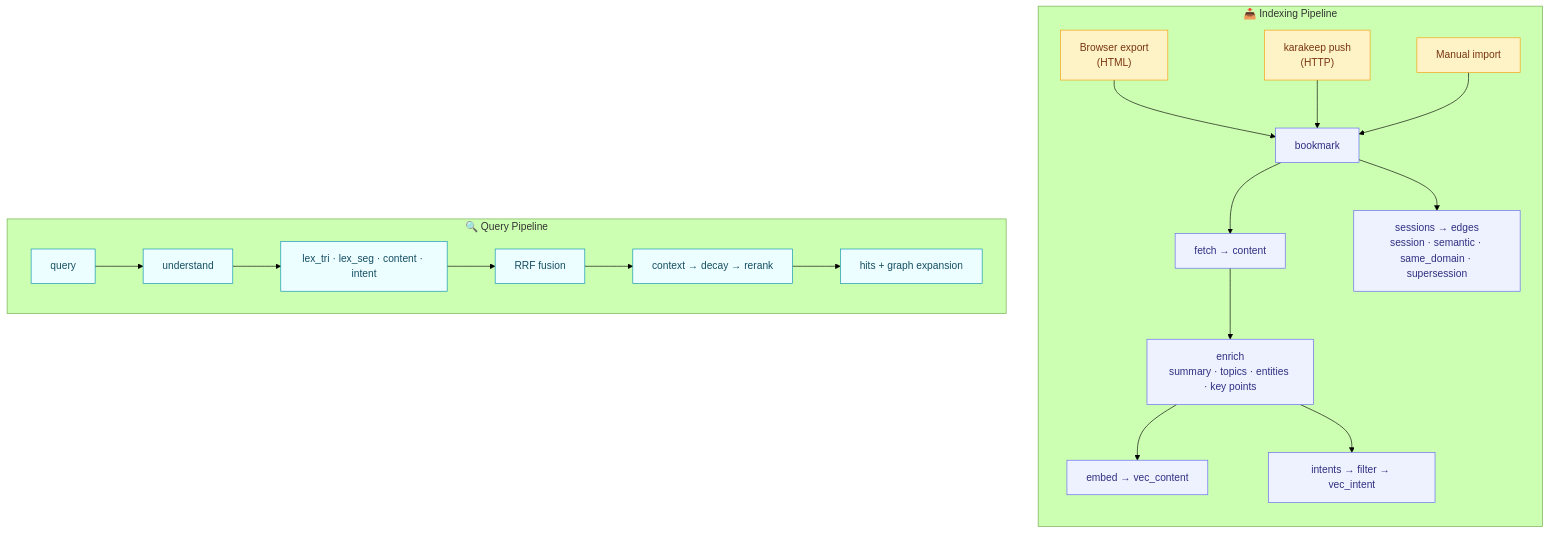
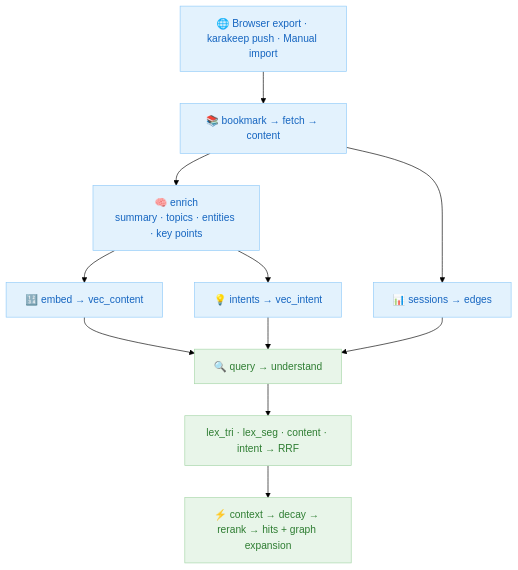
One commit to 88lin/facetmark changed the diagram in README.md. Above: the diagram before and after it, drawn with Mermaid (forest theme). The commit also changed 1 other file, not shown here.

Commit message:
docs: 简化 Mermaid 流程图 — 去掉 subgraph 分块，统一流程，柔和配色

````diff
--- a/README.md
+++ b/README.md
@@ -63,30 +63,19 @@
 ```mermaid
 flowchart TB
-    subgraph Index["📥 Indexing Pipeline"]
-        direction TB
-        A1["Browser export<br/>(HTML)"] --> B["bookmark"]
-        A2["karakeep push<br/>(HTTP)"] --> B
-        A3["Manual import"] --> B
-        B --> C["fetch → content"]
-        C --> D["enrich<br/>summary · topics · entities · key points"]
-        D --> E["embed → vec_content"]
-        D --> F["intents → filter → vec_intent"]
-        B --> G["sessions → edges<br/>session · semantic · same_domain · supersession"]
-    end
+    A["🌐 Browser export · karakeep push · Manual import"]
+    A --> B["📚 bookmark → fetch → content"]
+    B --> C["🧠 enrich<br/>summary · topics · entities · key points"]
+    C --> D["🔢 embed → vec_content"]
+    C --> E["💡 intents → vec_intent"]
+    B --> F["📊 sessions → edges"]
+    D --> G["🔍 query → understand"]
+    E --> G
+    F --> G
+    G --> H["lex_tri · lex_seg · content · intent → RRF"]
+    H --> I["⚡ context → decay → rerank → hits + graph expansion"]
 
-    subgraph Query["🔍 Query Pipeline"]
-        direction LR
-        Q1["query"] --> Q2["understand"]
-        Q2 --> Q3["lex_tri · lex_seg · content · intent"]
-        Q3 --> Q4["RRF fusion"]
-        Q4 --> Q5["context → decay → rerank"]
-        Q5 --> Q6["hits + graph expansion"]
-    end
-
-    classDef input fill:#fef3c7,stroke:#f59e0b,color:#78350f
-    classDef core fill:#eef2ff,stroke:#6366f1,color:#312e81
-    classDef query fill:#ecfeff,stroke:#0891b2,color:#164e63
-    class A1,A2,A3 input
-    class B,C,D,E,F,G core
-    class Q1,Q2,Q3,Q4,Q5,Q6 query
+    classDef index fill:#e3f2fd,stroke:#90caf9,color:#1565c0
+    classDef query fill:#e8f5e9,stroke:#a5d6a7,color:#2e7d32
+    class A,B,C,D,E,F index
+    class G,H,I query
 ```
````
